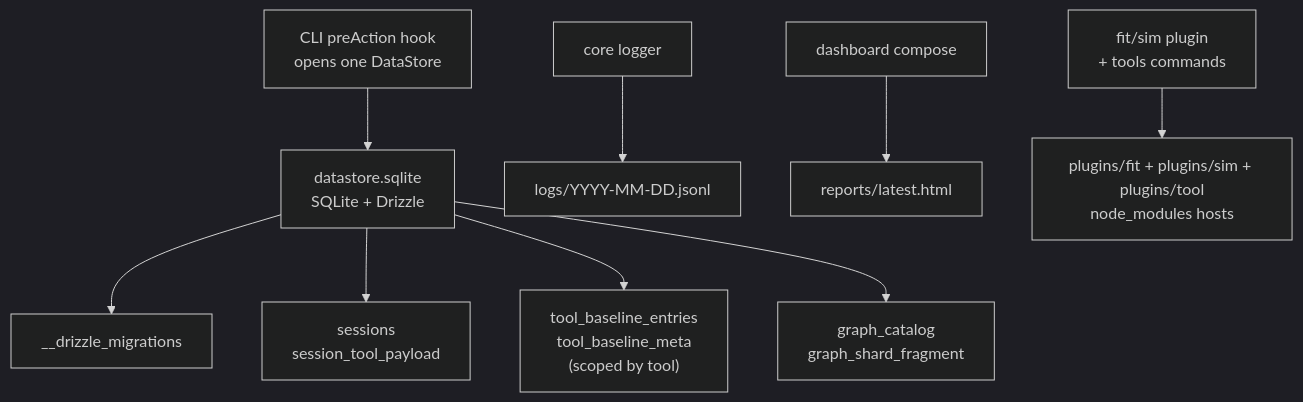
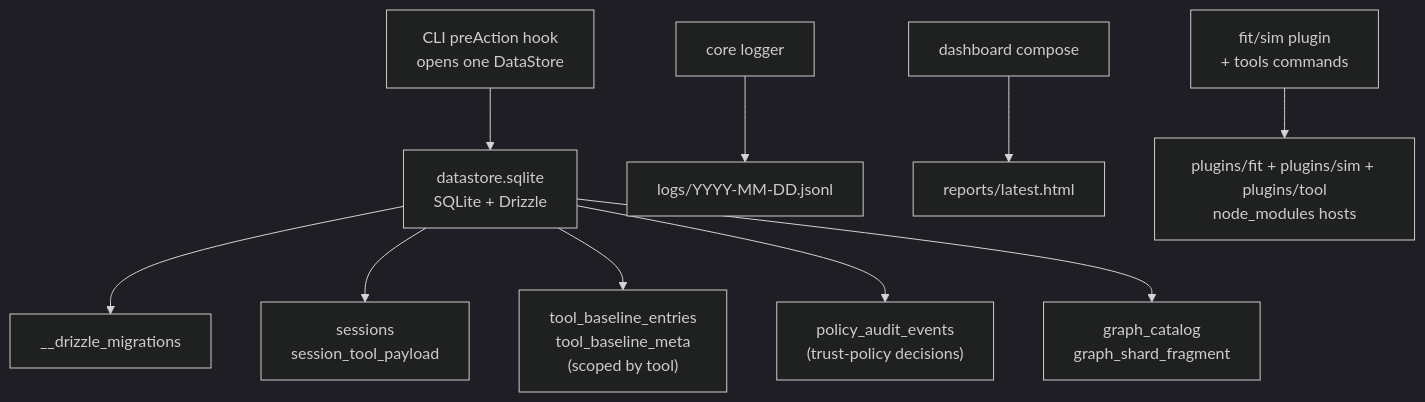
One commit to opensip-ai/opensip-cli changed the diagram in docs/public/80-implementation/03-session-and-persistence.md. Above: the diagram before and after it, drawn with Mermaid (dark theme). The commit also changed other lines of this file and 71 other files, not shown here.

Commit message:
feat(cli): add trust policy plane

````diff
--- a/docs/public/80-implementation/03-session-and-persistence.md
+++ b/docs/public/80-implementation/03-session-and-persistence.md
@@ -82,26 +85,28 @@
 ```mermaid
 flowchart TB
   CLI["CLI preAction hook<br/>opens one DataStore"]
   Store["datastore.sqlite<br/>SQLite + Drizzle"]
   Migrations["__drizzle_migrations"]
   Sessions["sessions<br/>session_tool_payload"]
   Baselines["tool_baseline_entries<br/>tool_baseline_meta<br/>(scoped by tool)"]
+  PolicyAudit["policy_audit_events<br/>(trust-policy decisions)"]
   Graph["graph_catalog<br/>graph_shard_fragment"]
 
   Logger["core logger"]
   Logs["logs/YYYY-MM-DD.jsonl"]
   Dashboard["dashboard compose"]
   Report["reports/latest.html"]
   Plugins["fit/sim plugin<br/>+ tools commands"]
   PluginDirs["plugins/fit + plugins/sim + plugins/tool<br/>node_modules hosts"]
 
   CLI --> Store
   Store --> Migrations
   Store --> Sessions
   Store --> Baselines
+  Store --> PolicyAudit
   Store --> Graph
 
   Logger --> Logs
   Dashboard --> Report
   Plugins --> PluginDirs
 ```
````
